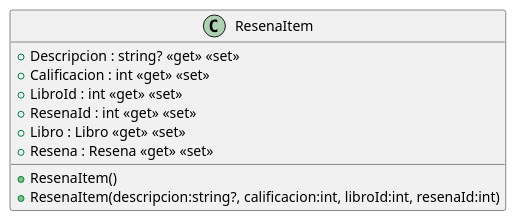
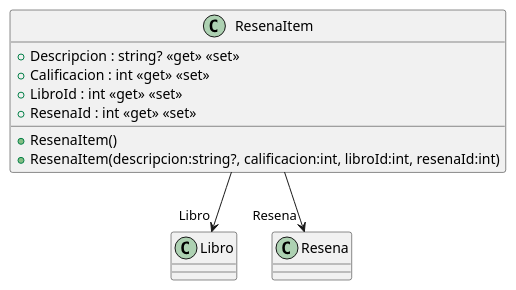
Before and after one commit to ISII2627LosGremlins/ISII2627LosGremlins: the diagram in src/AppForSEII.API/ClassDiagram/ResenaItem.puml, drawn with PlantUML. The commit also changed 17 other files, not shown here.

```diff
--- a/src/AppForSEII.API/ClassDiagram/ResenaItem.puml
+++ b/src/AppForSEII.API/ClassDiagram/ResenaItem.puml
@@ -1,12 +1,12 @@
 @startuml
 class ResenaItem {
     + ResenaItem()
     + ResenaItem(descripcion:string?, calificacion:int, libroId:int, resenaId:int)
     + Descripcion : string? <<get>> <<set>>
     + Calificacion : int <<get>> <<set>>
     + LibroId : int <<get>> <<set>>
     + ResenaId : int <<get>> <<set>>
-    + Libro : Libro <<get>> <<set>>
-    + Resena : Resena <<get>> <<set>>
 }
+ResenaItem --> "Libro" Libro
+ResenaItem --> "Resena" Resena
 @enduml
```
